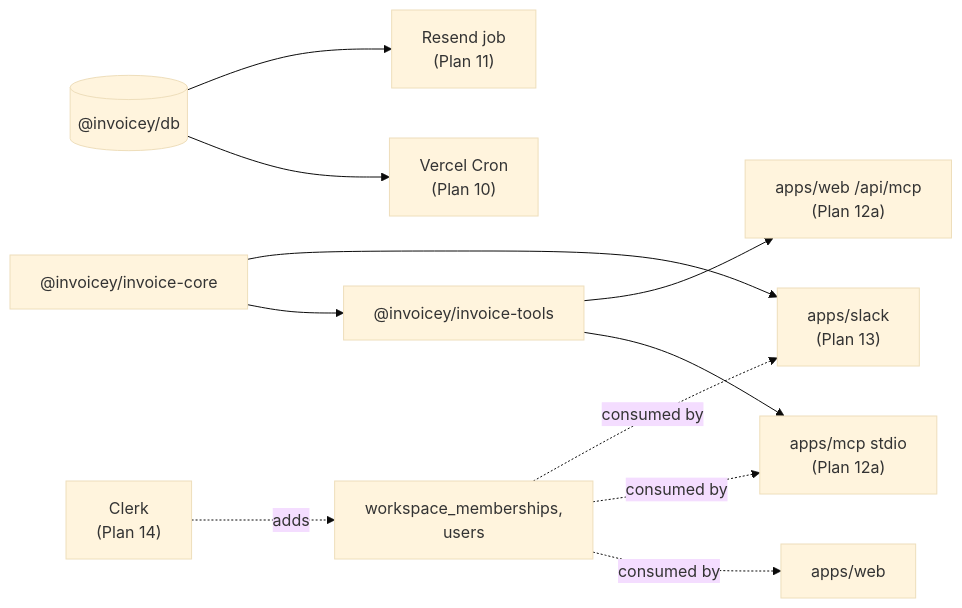
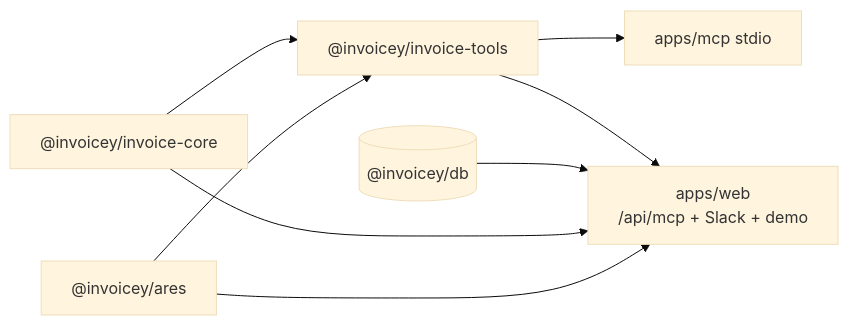
Before and after one commit to filipditrich/inveoiceyai: the fourth of 4 diagrams in docs/architecture.md, drawn with Mermaid (base theme). The commit also changed other lines of this file and 10 other files, not shown here.

First line of the commit message:
docs(docs): align README and living docs with MCP and tools layout

````diff
--- a/docs/architecture.md
+++ b/docs/architecture.md
@@ -183,13 +192,10 @@
 ```mermaid
 flowchart LR
     Core["@invoicey/invoice-core"] --> Tools["@invoicey/invoice-tools"]
-    Tools --> MCP["apps/mcp stdio<br/>(Plan 12a)"]
-    Tools --> WebMcp["apps/web /api/mcp<br/>(Plan 12a)"]
-    Core --> Slack["apps/slack<br/>(Plan 13)"]
-    DB[("@invoicey/db")] --> Cron["Vercel Cron<br/>(Plan 10)"]
-    DB --> Email["Resend job<br/>(Plan 11)"]
-    Auth["Clerk<br/>(Plan 14)"] -.adds.-> WS["workspace_memberships,<br/>users"]
-    WS -.consumed by.-> Web["apps/web"]
-    WS -.consumed by.-> MCP
-    WS -.consumed by.-> Slack
+    Ares["@invoicey/ares"] --> Tools
+    Tools --> MCP["apps/mcp stdio"]
+    Tools --> Web["apps/web<br/>/api/mcp + Slack + demo"]
+    DB[("@invoicey/db")] --> Web
+    Core --> Web
+    Ares --> Web
 ```
````
